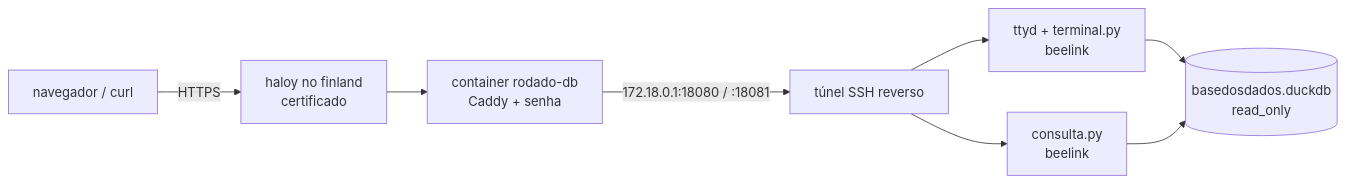
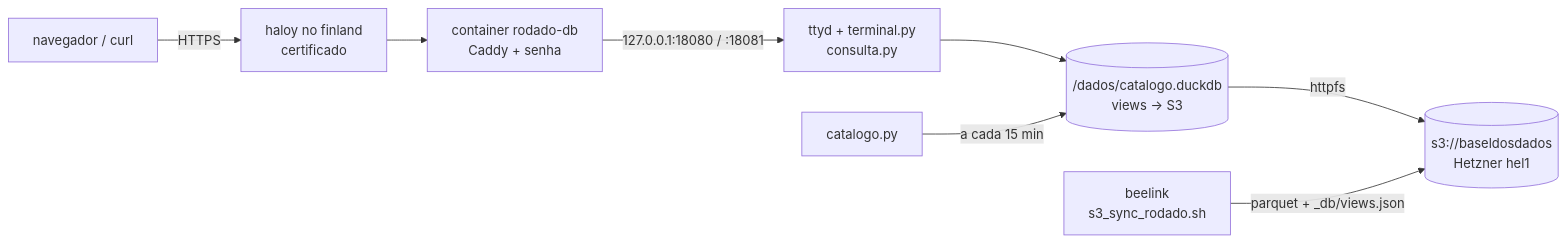
Before and after one commit to rafapolo/rodado: the diagram in db/README.md, drawn with Mermaid. The commit also changed other lines of this file and 13 other files, not shown here.

First line of the commit message:
feat: db.rodado.xyz lê do s3 num container no finland, sem túnel para o beelink

````diff
--- a/db/README.md
+++ b/db/README.md
@@ -58,9 +60,10 @@
 ```mermaid
 flowchart LR
   C[navegador / curl] -->|HTTPS| H[haloy no finland<br/>certificado]
   H --> P[container rodado-db<br/>Caddy + senha]
-  P -->|172.18.0.1:18080 / :18081| T[túnel SSH reverso]
-  T --> B1[ttyd + terminal.py<br/>beelink]
-  T --> B2[consulta.py<br/>beelink]
-  B1 & B2 --> D[(basedosdados.duckdb<br/>read_only)]
+  P -->|127.0.0.1:18080 / :18081| A[ttyd + terminal.py<br/>consulta.py]
+  A --> D[(/dados/catalogo.duckdb<br/>views → S3)]
+  D -->|httpfs| S[(s3://baseldosdados<br/>Hetzner hel1)]
+  B[beelink<br/>s3_sync_rodado.sh] -->|parquet + _db/views.json| S
+  K[catalogo.py] -->|a cada 15 min| D
 ```
````
